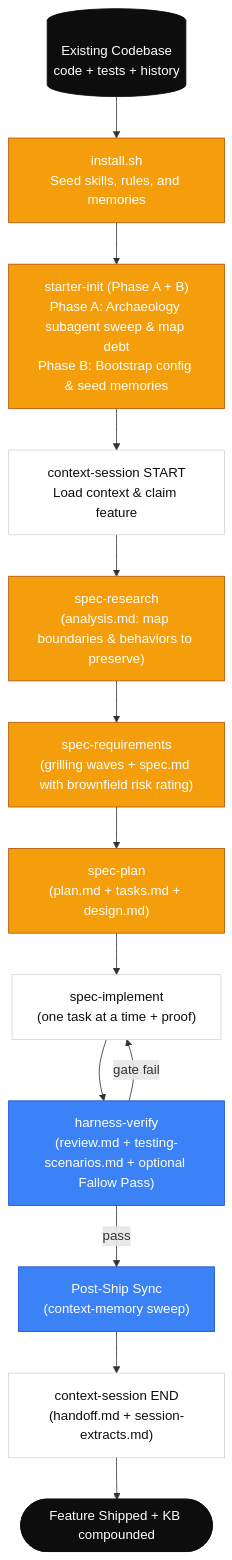
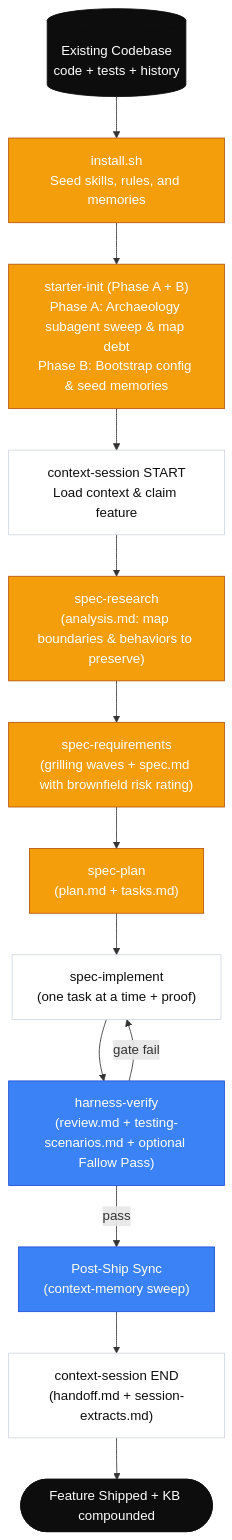
The diagram in documents/diagrams/corezero-brownfield-flow.mmd (thaihai-swe/CoreZero-Nexus), drawn with Mermaid before and after one commit. The commit also changed 18 other files, not shown here.

```diff
--- a/documents/diagrams/corezero-brownfield-flow.mmd
+++ b/documents/diagrams/corezero-brownfield-flow.mmd
@@ -1,25 +1,25 @@
 flowchart TD
     %% Brownfield Flow — archaeology before bootstrap, research before requirements
 
     CODE[(Existing Codebase<br/>code + tests + history)] --> BOOT["install.sh<br/>Seed skills, rules, and memories"]:::brown
     BOOT --> INIT["starter-init (Phase A + B)<br/>Phase A: Archaeology subagent sweep & map debt<br/>Phase B: Bootstrap config & seed memories"]:::brown
 
     INIT --> SESSION_START["context-session START<br/>Load context & claim feature"]:::step
     SESSION_START --> RES["spec-research<br/>(analysis.md: map boundaries & behaviors to preserve)"]:::brown
 
     RES --> SPEC["spec-requirements<br/>(grilling waves + spec.md with brownfield risk rating)"]:::brown
-    SPEC --> PLAN["spec-plan<br/>(plan.md + tasks.md + design.md)"]:::brown
+    SPEC --> PLAN["spec-plan<br/>(plan.md + tasks.md)"]:::brown
     PLAN --> IMPL["spec-implement<br/>(one task at a time + proof)"]:::step
     IMPL --> VERIFY["harness-verify<br/>(review.md + testing-scenarios.md + optional Fallow Pass)"]:::gate
 
     VERIFY -- gate fail --> IMPL
     VERIFY -- pass --> SYNC["Post-Ship Sync<br/>(context-memory sweep)"]:::gate
     SYNC --> ENDS["context-session END<br/>(handoff.md + session-extracts.md)"]:::step
     ENDS --> DONE([Feature Shipped + KB compounded]):::terminal
 
     classDef terminal fill:#0d0d0d,stroke:#0d0d0d,color:#fff
     classDef brown fill:#f59e0b,stroke:#b45309,color:#fff
     classDef step fill:#fff,stroke:#d0d7de,color:#0d0d0d
     classDef gate fill:#3b82f6,stroke:#1d4ed8,color:#fff
 
     class CODE,DONE terminal
```
